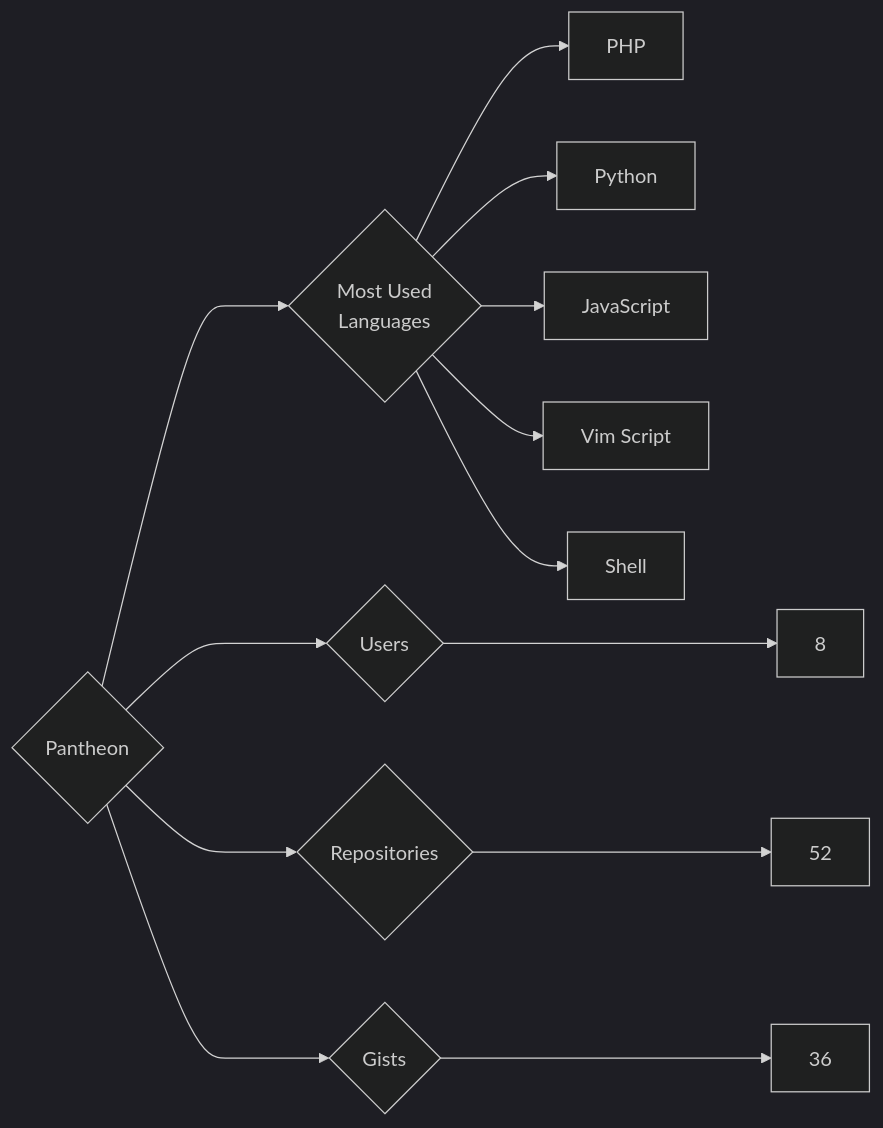
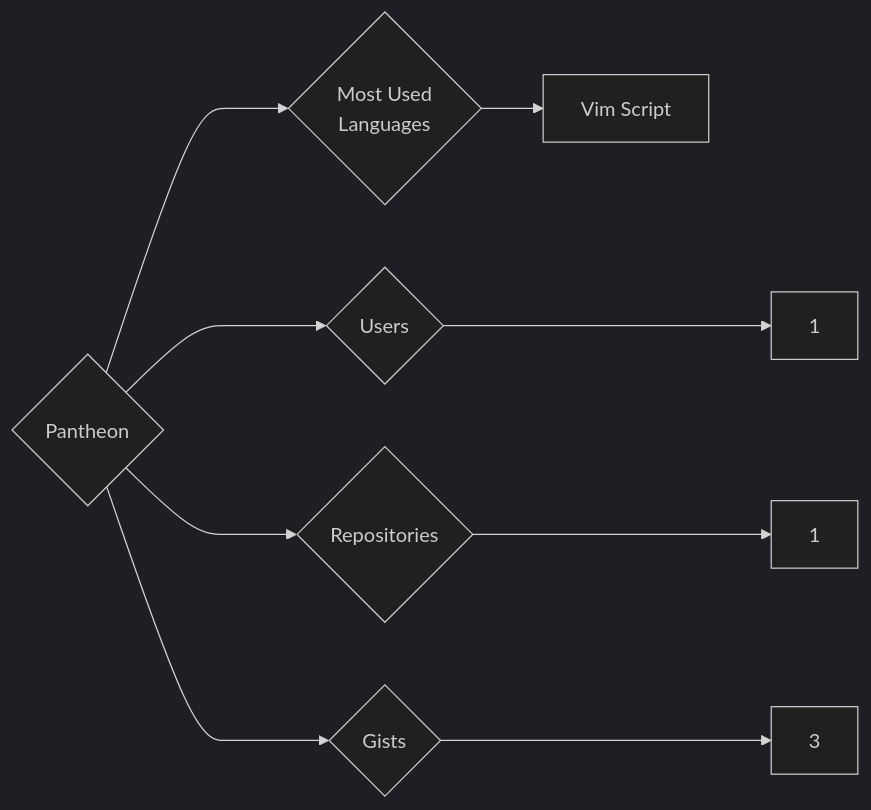
The diagram in targets/Pantheon/README.md (trickest/insiders), drawn with Mermaid (dark theme) before and after one commit. The commit also changed 773 other files, not shown here.

````diff
--- a/targets/Pantheon/README.md
+++ b/targets/Pantheon/README.md
@@ -3,13 +3,9 @@
 ```mermaid
 graph LR
 COMPANY_NAME{Pantheon}
-COMPANY_NAME ---> U{Users} ---> UN[8]
-COMPANY_NAME ---> R{Repositories} ---> RN[52]
-COMPANY_NAME ---> G{Gists} ---> GN[36]
+COMPANY_NAME ---> U{Users} ---> UN[1]
+COMPANY_NAME ---> R{Repositories} ---> RN[1]
+COMPANY_NAME ---> G{Gists} ---> GN[3]
 COMPANY_NAME ---> ML{Most Used<br>Languages}
-ML --> PHP[PHP]
-ML --> Python[Python]
-ML --> JavaScript[JavaScript]
 ML --> Vim_Script[Vim Script]
-ML --> Shell[Shell]
 ```
````
